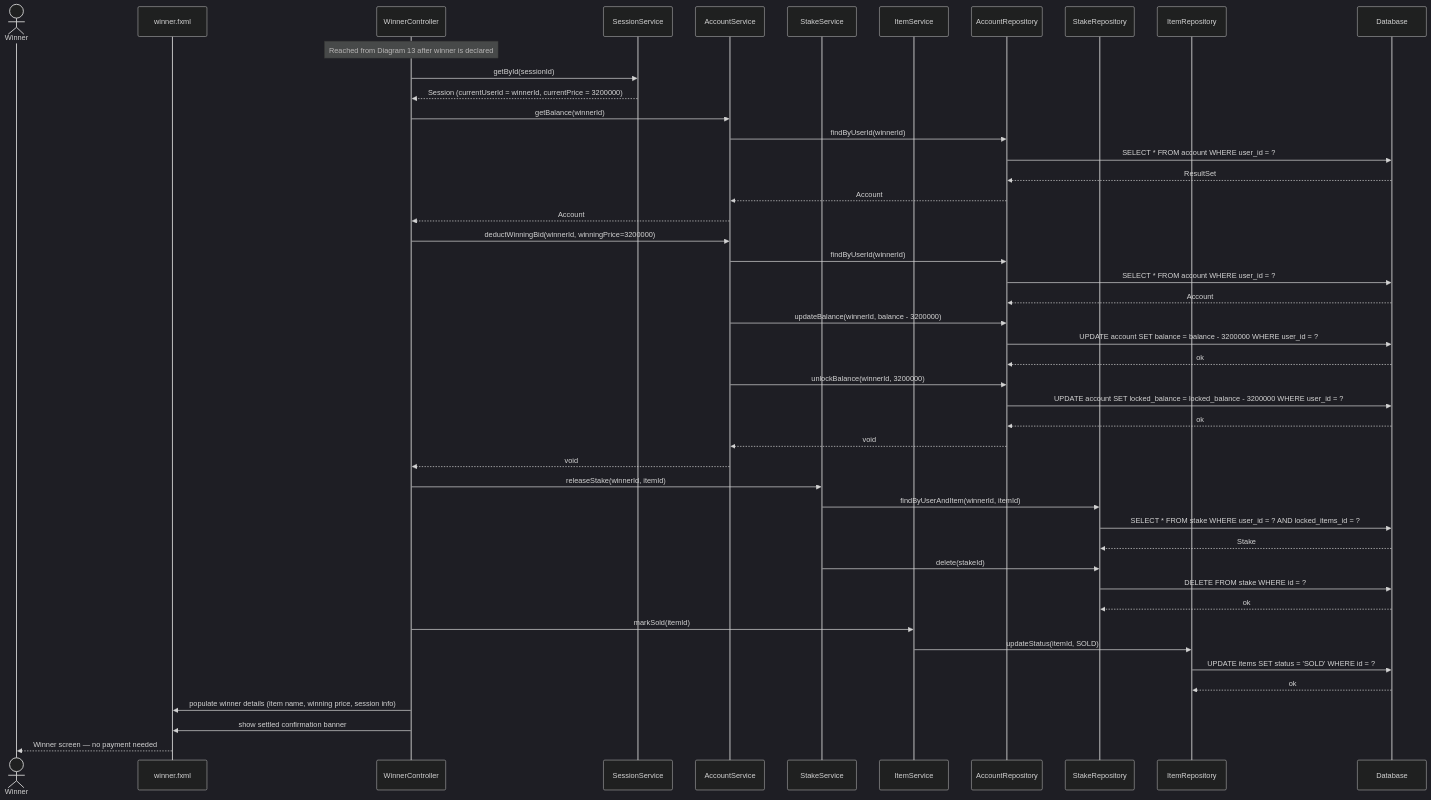
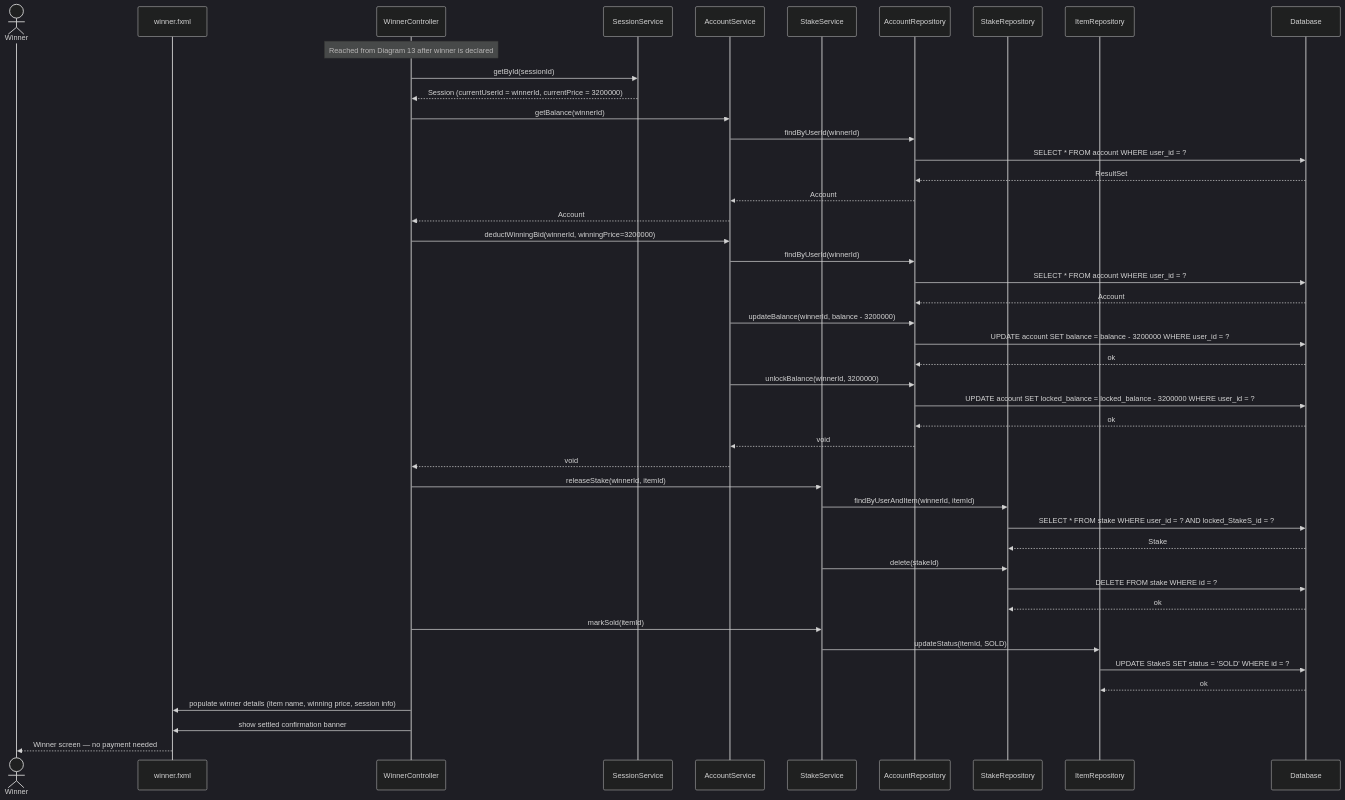
Before and after one commit to dung581/HeThongDauGia: diagram 14 of 16 in docs/SEQUENCE_DIAGRAMS.md, drawn with Mermaid (dark theme). The commit also changed other lines of this file and 26 other files, not shown here.

Commit message:
itemService (#22)

````diff
--- a/docs/SEQUENCE_DIAGRAMS.md
+++ b/docs/SEQUENCE_DIAGRAMS.md
@@ -767,58 +767,58 @@
 ```mermaid
 sequenceDiagram
     actor Winner
     participant View as winner.fxml
     participant Controller as WinnerController
     participant SessSvc as SessionService
     participant AccSvc as AccountService
     participant StakeSvc as StakeService
-    participant ItemSvc as ItemService
+    participant StakeSvc as StakeService
     participant AccRepo as AccountRepository
     participant StakeRepo as StakeRepository
     participant ItemRepo as ItemRepository
     participant DB as Database
 
     Note over Controller: Reached from Diagram 13 after winner is declared
 
     Controller->>SessSvc: getById(sessionId)
     SessSvc-->>Controller: Session (currentUserId = winnerId, currentPrice = 3200000)
 
     Controller->>AccSvc: getBalance(winnerId)
     AccSvc->>AccRepo: findByUserId(winnerId)
     AccRepo->>DB: SELECT * FROM account WHERE user_id = ?
     DB-->>AccRepo: ResultSet
     AccRepo-->>AccSvc: Account
     AccSvc-->>Controller: Account
 
     Controller->>AccSvc: deductWinningBid(winnerId, winningPrice=3200000)
     AccSvc->>AccRepo: findByUserId(winnerId)
     AccRepo->>DB: SELECT * FROM account WHERE user_id = ?
     DB-->>AccRepo: Account
 
     AccSvc->>AccRepo: updateBalance(winnerId, balance - 3200000)
     AccRepo->>DB: UPDATE account SET balance = balance - 3200000 WHERE user_id = ?
     DB-->>AccRepo: ok
 
     AccSvc->>AccRepo: unlockBalance(winnerId, 3200000)
     AccRepo->>DB: UPDATE account SET locked_balance = locked_balance - 3200000 WHERE user_id = ?
     DB-->>AccRepo: ok
     AccRepo-->>AccSvc: void
     AccSvc-->>Controller: void
 
     Controller->>StakeSvc: releaseStake(winnerId, itemId)
     StakeSvc->>StakeRepo: findByUserAndItem(winnerId, itemId)
-    StakeRepo->>DB: SELECT * FROM stake WHERE user_id = ? AND locked_items_id = ?
+    StakeRepo->>DB: SELECT * FROM stake WHERE user_id = ? AND locked_StakeS_id = ?
     DB-->>StakeRepo: Stake
     StakeSvc->>StakeRepo: delete(stakeId)
     StakeRepo->>DB: DELETE FROM stake WHERE id = ?
     DB-->>StakeRepo: ok
 
-    Controller->>ItemSvc: markSold(itemId)
-    ItemSvc->>ItemRepo: updateStatus(itemId, SOLD)
-    ItemRepo->>DB: UPDATE items SET status = 'SOLD' WHERE id = ?
+    Controller->>StakeSvc: markSold(itemId)
+    StakeSvc->>ItemRepo: updateStatus(itemId, SOLD)
+    ItemRepo->>DB: UPDATE StakeS SET status = 'SOLD' WHERE id = ?
     DB-->>ItemRepo: ok
 
     Controller->>View: populate winner details (item name, winning price, session info)
     Controller->>View: show settled confirmation banner
     View-->>Winner: Winner screen — no payment needed
 ```
````
